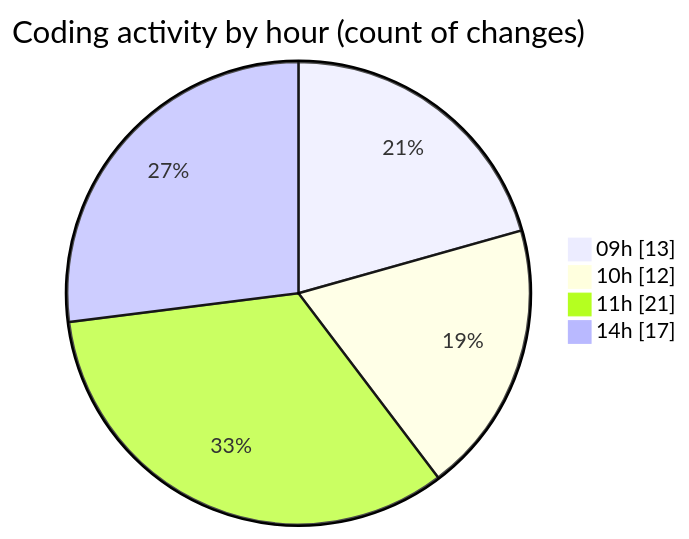
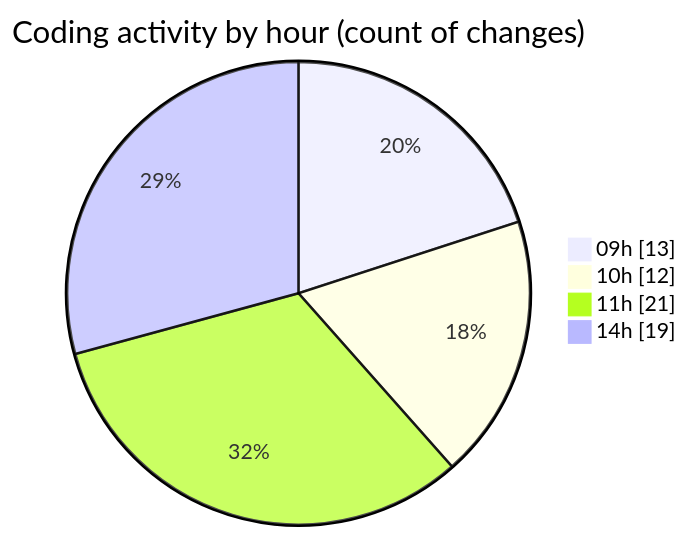
Before and after one commit to momahboobian/code-tracking: the second of 2 diagrams in 2025-09-22/cda/README.md, drawn with Mermaid. The commit also changed other lines of this file and 1 other file, not shown here.

````diff
--- a/2025-09-22/cda/README.md
+++ b/2025-09-22/cda/README.md
@@ -38,8 +39,8 @@
 ```mermaid
 pie showData
 title Coding activity by hour (count of changes)
 "09h" : 13
 "10h" : 12
 "11h" : 21
-"14h" : 17
+"14h" : 19
 ```
````
